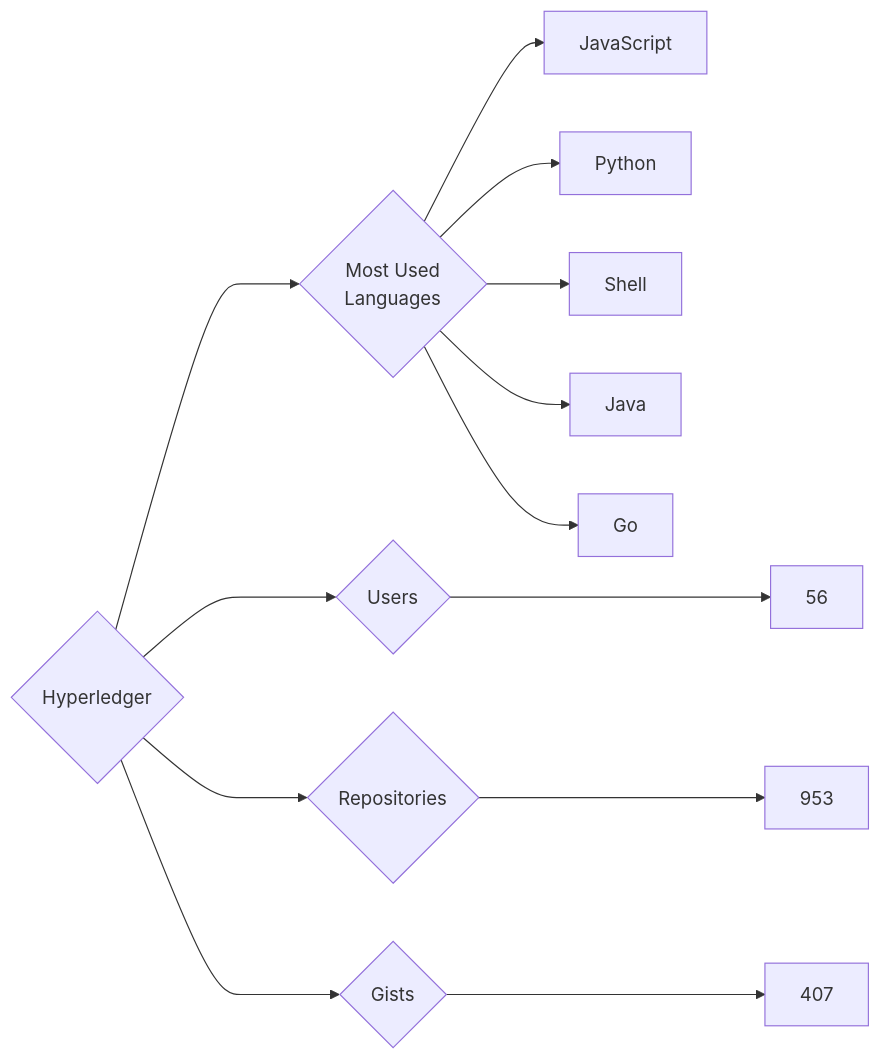
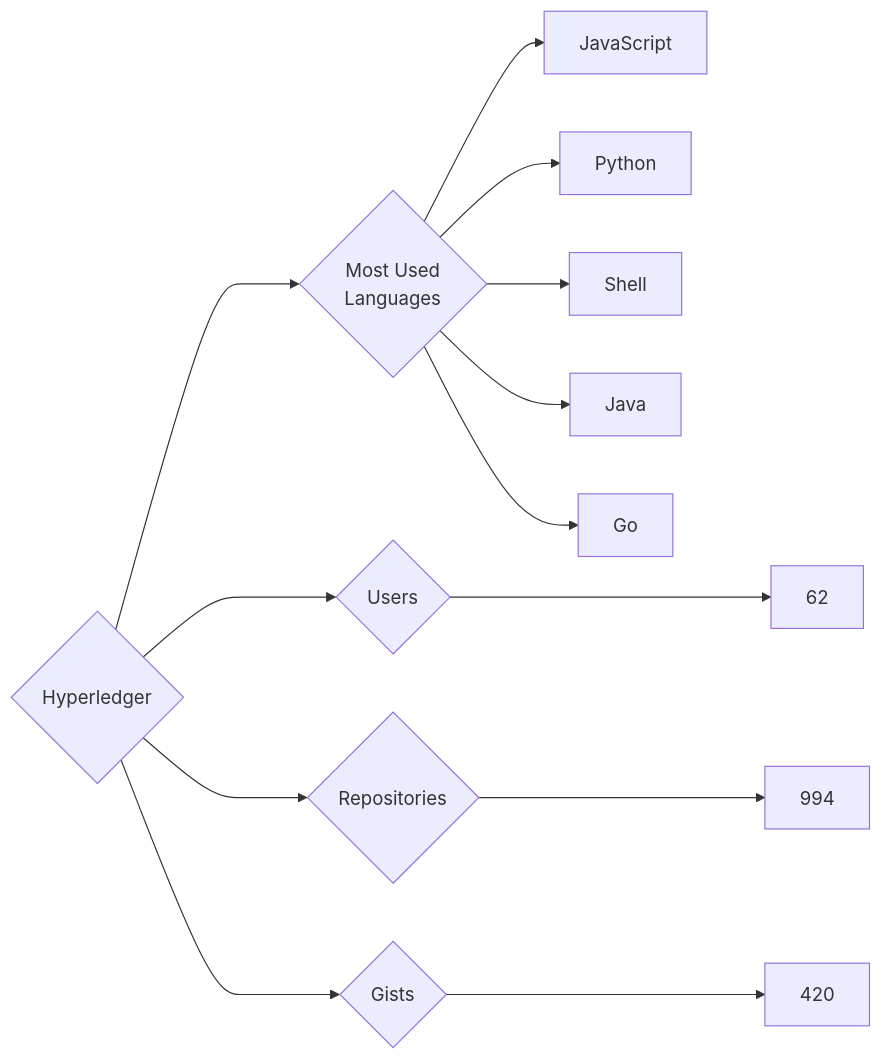
One commit to trickest/insiders changed the diagram in targets/Hyperledger/README.md. Above: the diagram before and after it, drawn with Mermaid. The commit also changed 895 other files, not shown here.

````diff
--- a/targets/Hyperledger/README.md
+++ b/targets/Hyperledger/README.md
@@ -3,13 +3,13 @@
 ```mermaid
 graph LR
 COMPANY_NAME{Hyperledger}
-COMPANY_NAME ---> U{Users} ---> UN[56]
-COMPANY_NAME ---> R{Repositories} ---> RN[953]
-COMPANY_NAME ---> G{Gists} ---> GN[407]
+COMPANY_NAME ---> U{Users} ---> UN[62]
+COMPANY_NAME ---> R{Repositories} ---> RN[994]
+COMPANY_NAME ---> G{Gists} ---> GN[420]
 COMPANY_NAME ---> ML{Most Used<br>Languages}
 ML --> JavaScript[JavaScript]
 ML --> Python[Python]
 ML --> Shell[Shell]
 ML --> Java[Java]
 ML --> Go[Go]
 ```
````
